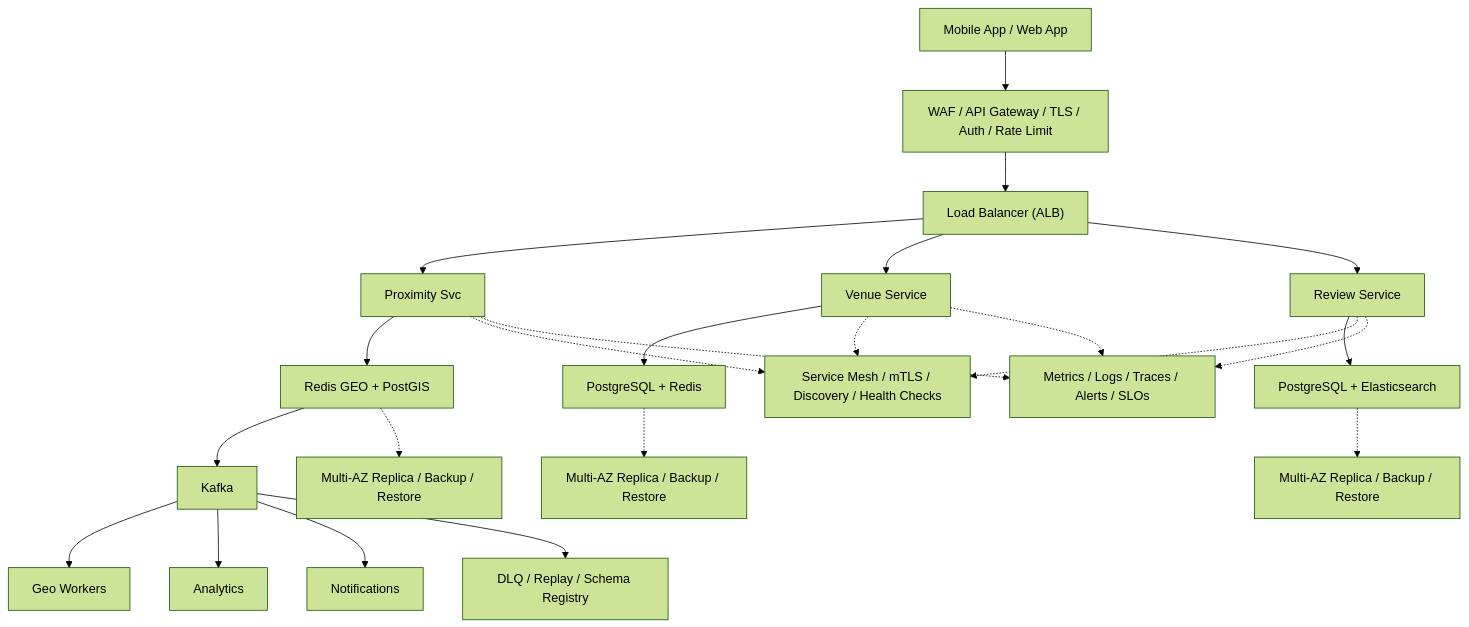
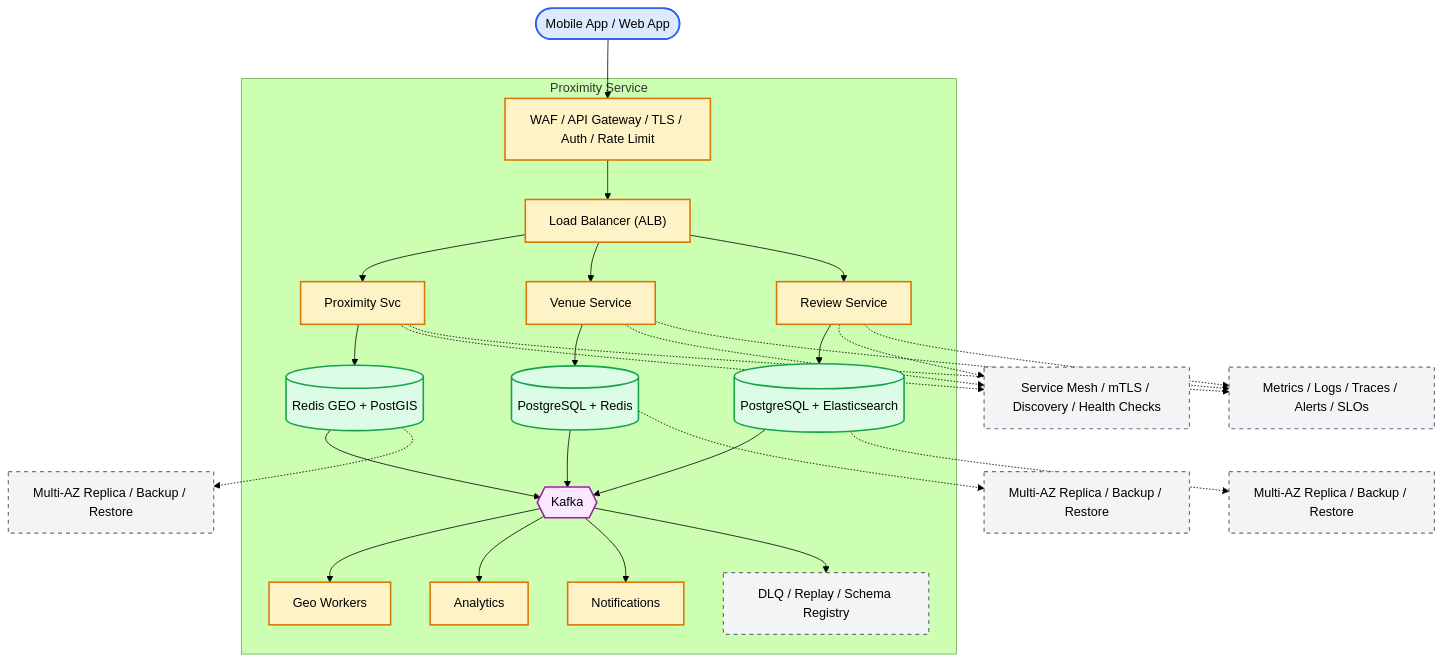
The diagram in system-design-proximity-service.md (aishwary11/system-design), drawn with Mermaid (forest theme) before and after one commit. The commit also changed other lines of this file and 36 other files, not shown here.

First line of the commit message:
Standardize all diagrams on C4-style Mermaid template

````diff
--- a/system-design-proximity-service.md
+++ b/system-design-proximity-service.md
@@ -44,25 +44,65 @@
 ```mermaid
 flowchart TB
-    clients["Mobile App / Web App"] --> edge["WAF / API Gateway / TLS / Auth / Rate Limit"]
-    edge --> lb["Load Balancer (ALB)"]
-    lb --> svc0["Proximity Svc"]
-    lb --> svc1["Venue Service"]
-    lb --> svc2["Review Service"]
-    svc0 --> store0["Redis GEO + PostGIS"]
-    svc1 --> store1["PostgreSQL + Redis"]
-    svc2 --> store2["PostgreSQL + Elasticsearch"]
-    store0 --> stream["Kafka"]
-    stream --> worker0["Geo Workers"]
-    stream --> worker1["Analytics"]
-    stream --> worker2["Notifications"]
-    svc0 -.-> platform["Service Mesh / mTLS / Discovery / Health Checks"]
-    svc1 -.-> platform
-    svc2 -.-> platform
-    store0 -.-> backup0["Multi-AZ Replica / Backup / Restore"]
-    store1 -.-> backup1["Multi-AZ Replica / Backup / Restore"]
-    store2 -.-> backup2["Multi-AZ Replica / Backup / Restore"]
-    stream --> dlq["DLQ / Replay / Schema Registry"]
-    svc0 -.-> ops["Metrics / Logs / Traces / Alerts / SLOs"]
+    %% Actors (people)
+    clients(["Mobile App / Web App"])
+
+    %% System boundary - containers owned by the platform
+    subgraph platform["Proximity Service"]
+        edge["WAF / API Gateway / TLS / Auth / Rate Limit"]
+        lb["Load Balancer (ALB)"]
+        svc0["Proximity Svc"]
+        svc1["Venue Service"]
+        svc2["Review Service"]
+        store0[("Redis GEO + PostGIS")]
+        store1[("PostgreSQL + Redis")]
+        store2[("PostgreSQL + Elasticsearch")]
+        stream{{"Kafka"}}
+        worker0["Geo Workers"]
+        worker1["Analytics"]
+        worker2["Notifications"]
+        dlq["DLQ / Replay / Schema Registry"]
+    end
+
+    %% Cross-cutting control plane (dashed edges)
+    mesh["Service Mesh / mTLS / Discovery / Health Checks"]
+    ops["Metrics / Logs / Traces / Alerts / SLOs"]
+    backup0["Multi-AZ Replica / Backup / Restore"]
+    backup1["Multi-AZ Replica / Backup / Restore"]
+    backup2["Multi-AZ Replica / Backup / Restore"]
+
+    clients --> edge
+    edge --> lb
+    lb --> svc0
+    lb --> svc1
+    lb --> svc2
+    svc0 --> store0
+    svc1 --> store1
+    svc2 --> store2
+    store0 --> stream
+    store1 --> stream
+    store2 --> stream
+    stream --> worker0
+    stream --> worker1
+    stream --> worker2
+    stream --> dlq
+    svc0 -.-> mesh
+    svc1 -.-> mesh
+    svc2 -.-> mesh
+    svc0 -.-> ops
     svc1 -.-> ops
     svc2 -.-> ops
+    store0 -.-> backup0
+    store1 -.-> backup1
+    store2 -.-> backup2
+
+    classDef actor fill:#dbeafe,stroke:#2563eb,stroke-width:2px
+    classDef service fill:#fef3c7,stroke:#d97706,stroke-width:2px
+    classDef store fill:#dcfce7,stroke:#16a34a,stroke-width:2px
+    classDef broker fill:#fae8ff,stroke:#a21caf,stroke-width:2px
+    classDef control fill:#f3f4f6,stroke:#6b7280,stroke-width:1.5px,stroke-dasharray:5 5
+    class clients actor
+    class edge,lb,svc0,svc1,svc2,worker0,worker1,worker2 service
+    class store0,store1,store2 store
+    class stream broker
+    class dlq,mesh,ops,backup0,backup1,backup2 control
 ```
````
